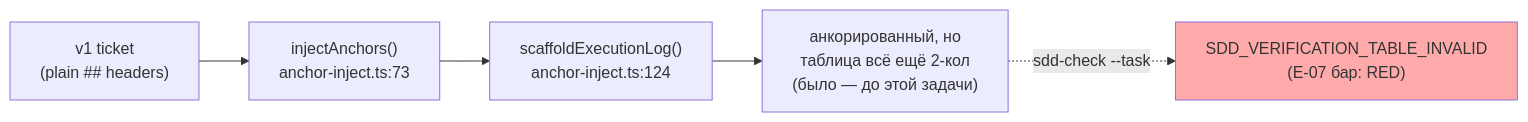
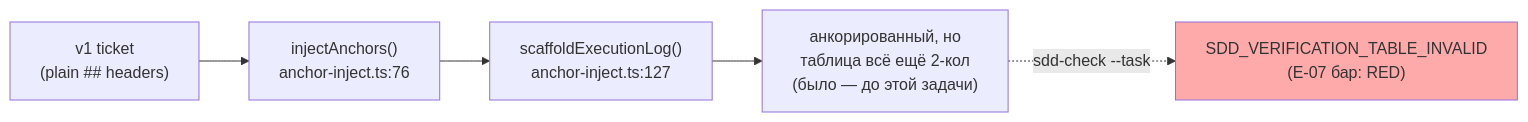
One commit to RubaXa/gennady changed the first of 2 diagrams in ai/drafts/research/sdd-v1-to-v2-transfer/_raw/reports/R-E-06.md. Above: the diagram before and after it, drawn with Mermaid. The commit also changed other lines of this file and 5 other files, not shown here.

````diff
--- a/ai/drafts/research/sdd-v1-to-v2-transfer/_raw/reports/R-E-06.md
+++ b/ai/drafts/research/sdd-v1-to-v2-transfer/_raw/reports/R-E-06.md
@@ -18,8 +18,8 @@
 ```mermaid
 flowchart LR
-  A["v1 ticket\n(plain ## headers)"] --> B["injectAnchors()\nanchor-inject.ts:73"]
-  B --> C["scaffoldExecutionLog()\nanchor-inject.ts:124"]
+  A["v1 ticket\n(plain ## headers)"] --> B["injectAnchors()\nanchor-inject.ts:76"]
+  B --> C["scaffoldExecutionLog()\nanchor-inject.ts:127"]
   C --> D["анкорированный, но\nтаблица всё ещё 2-кол\n(было — до этой задачи)"]
   D -.->|"sdd-check --task"| E["SDD_VERIFICATION_TABLE_INVALID\n(E-07 бар: RED)"]
   style E fill:#faa
 ```
````
